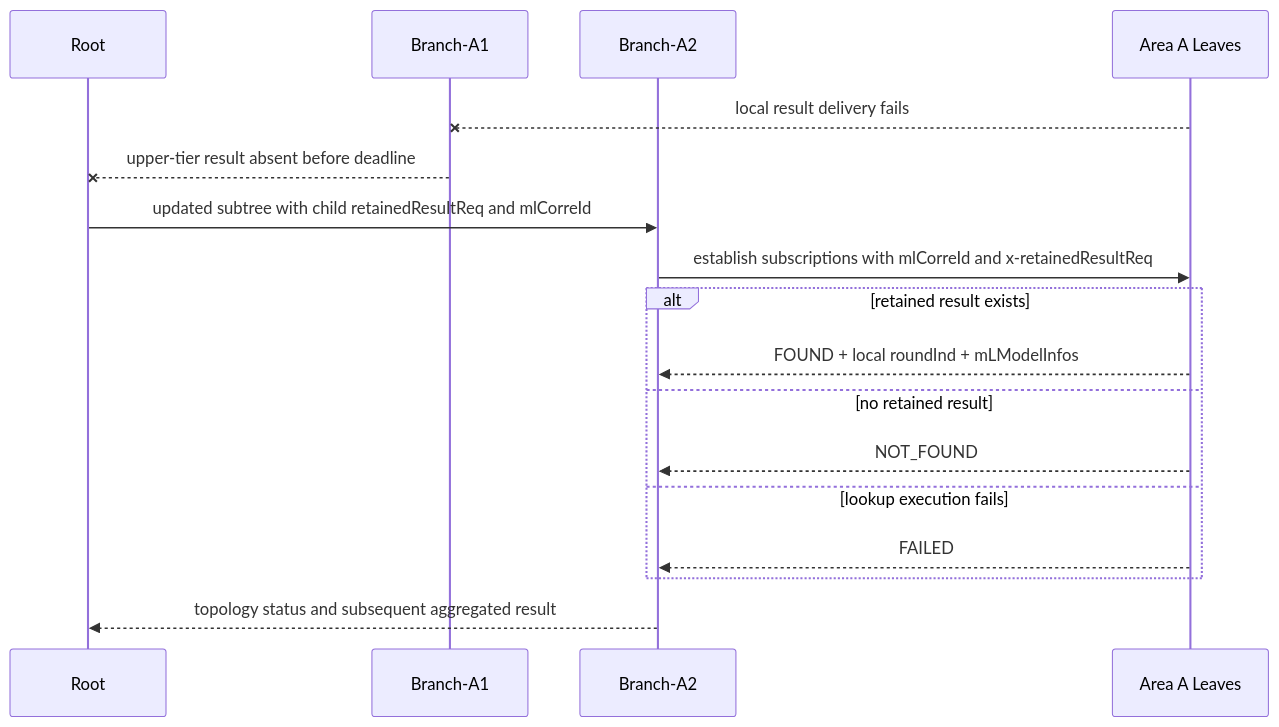
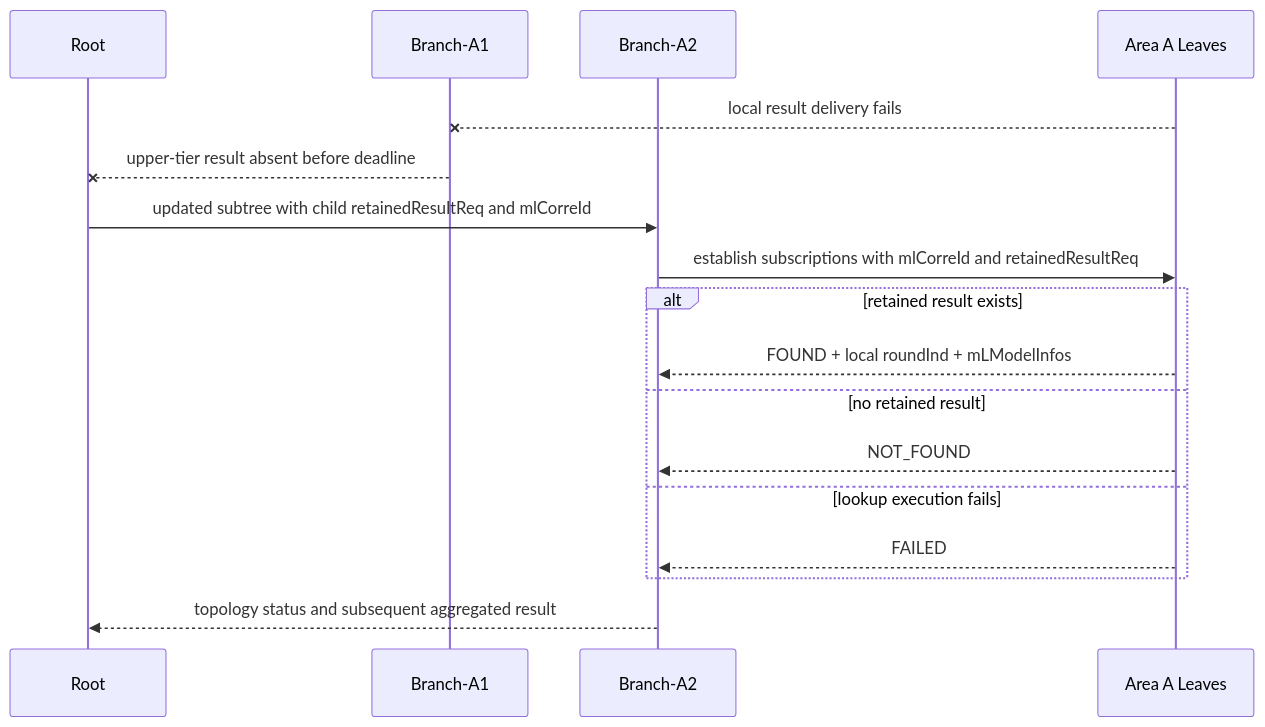
The second of 2 diagrams in docs/design/hierarchical-federated-learning/branch_replacement_scenario.md (ChingJe/nwdaf-docs), drawn with Mermaid before and after one commit. The commit also changed other lines of this file and 14 other files, not shown here.

````diff
--- a/docs/design/hierarchical-federated-learning/branch_replacement_scenario.md
+++ b/docs/design/hierarchical-federated-learning/branch_replacement_scenario.md
@@ -85,20 +85,20 @@
 ```mermaid
 sequenceDiagram
     participant R as Root
     participant A1 as Branch-A1
     participant A2 as Branch-A2
     participant L as Area A Leaves
 
     L--xA1: local result delivery fails
     A1--xR: upper-tier result absent before deadline
     R->>A2: updated subtree with child retainedResultReq and mlCorreId
-    A2->>L: establish subscriptions with mlCorreId and x-retainedResultReq
+    A2->>L: establish subscriptions with mlCorreId and retainedResultReq
     alt retained result exists
         L-->>A2: FOUND + local roundInd + mLModelInfos
     else no retained result
         L-->>A2: NOT_FOUND
     else lookup execution fails
         L-->>A2: FAILED
     end
     A2-->>R: topology status and subsequent aggregated result
 ```
````
